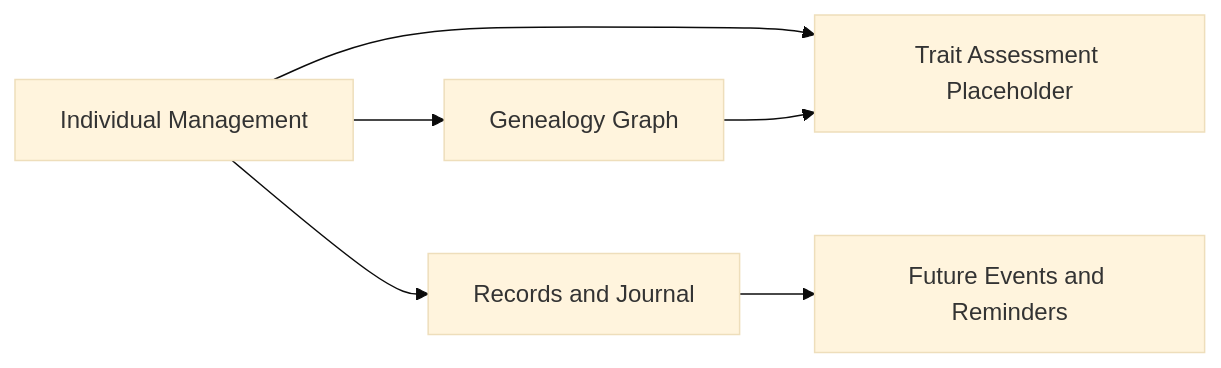
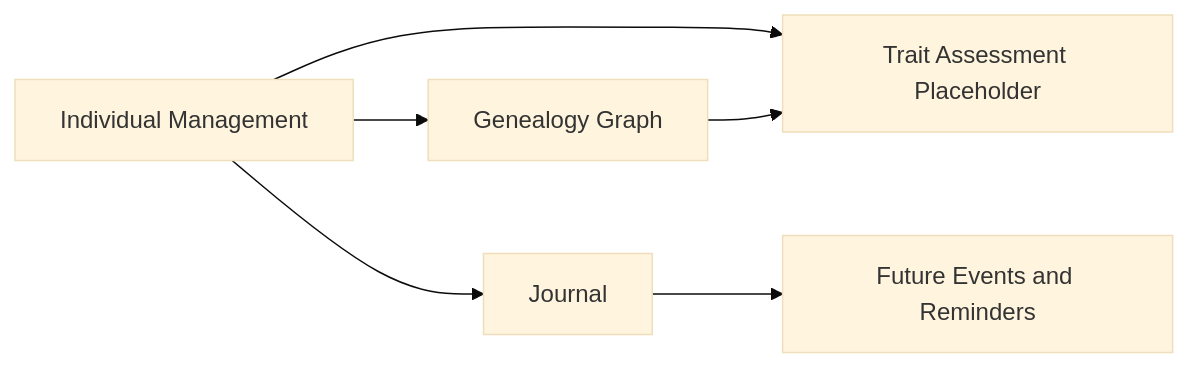
The first of 2 diagrams in docs/domainModel.md (lyndametref/geep), drawn with Mermaid (base theme) before and after one commit. The commit also changed other lines of this file and 1 other file, not shown here.

````diff
--- a/docs/domainModel.md
+++ b/docs/domainModel.md
@@ -7,8 +7,8 @@
 ```mermaid
 graph LR
     IndividualMgmt["Individual Management"] --> Genealogy["Genealogy Graph"]
-    IndividualMgmt --> Records["Records and Journal"]
-    Records --> FuturePlanning["Future Events and Reminders"]
+    IndividualMgmt --> Journal["Journal"]
+    Journal --> Planning["Future Events and Reminders"]
     IndividualMgmt --> TraitAssessment["Trait Assessment Placeholder"]
     Genealogy --> TraitAssessment
 ```
````
